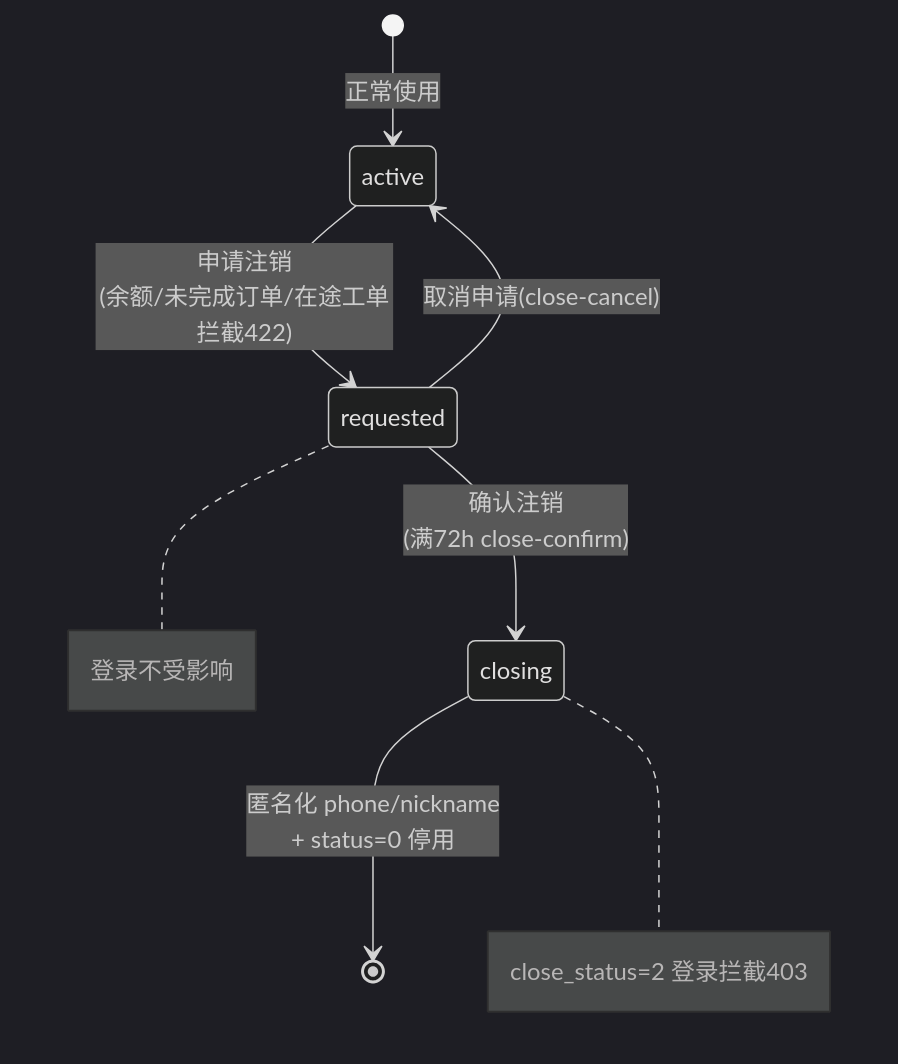
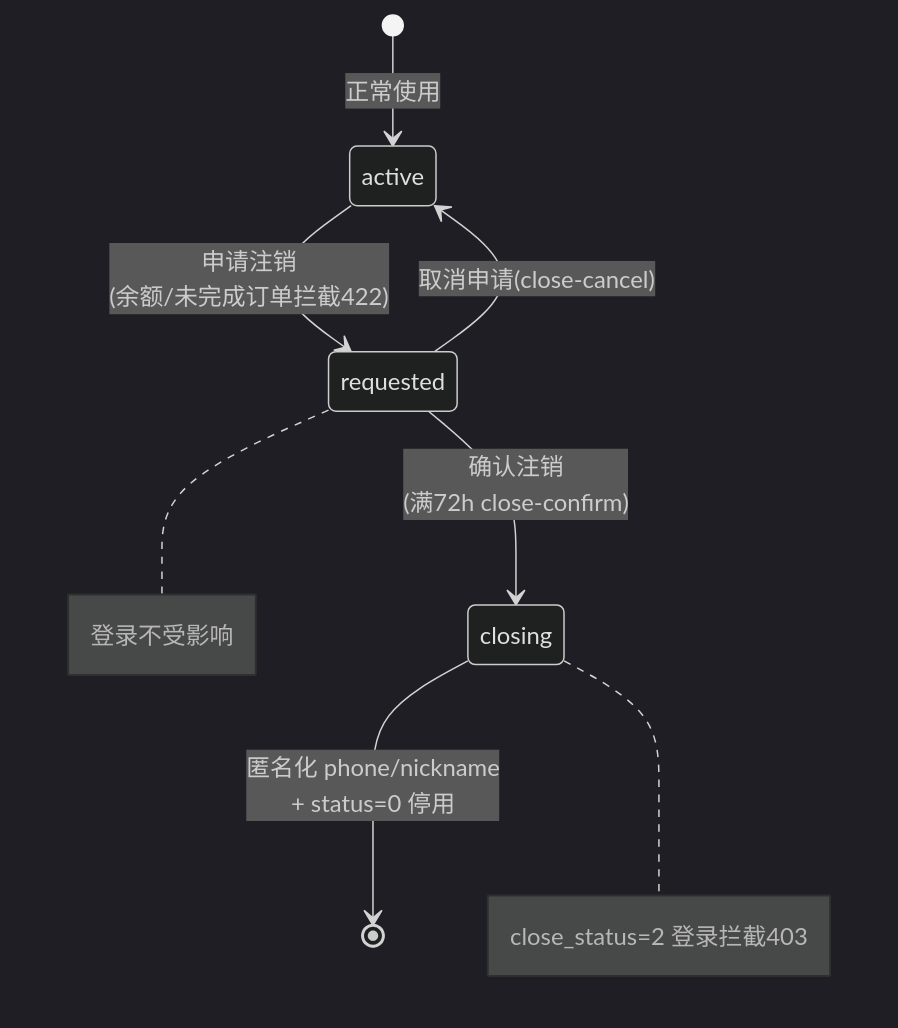
Before and after one commit to erikwang2013/appointment-php: the tenth of 11 diagrams in docs/diagrams/LIFECYCLE-DIAGRAM.md, drawn with Mermaid (dark theme). The commit also changed other lines of this file and 394 other files, not shown here.

Commit message:
文档：仅保留中英文 README，清理已移除功能与过时图片

````diff
--- a/docs/diagrams/LIFECYCLE-DIAGRAM.md
+++ b/docs/diagrams/LIFECYCLE-DIAGRAM.md
@@ -303,15 +208,15 @@
 ```mermaid
 stateDiagram-v2
     [*] --> active: 正常使用
 
-    active --> requested: 申请注销<br/>(余额/未完成订单/在途工单拦截422)
+    active --> requested: 申请注销<br/>(余额/未完成订单拦截422)
 
     requested --> active: 取消申请(close-cancel)
 
     requested --> closing: 确认注销<br/>(满72h close-confirm)
 
     closing --> [*]: 匿名化 phone/nickname<br/>+ status=0 停用
 
     note right of requested: 登录不受影响
     note right of closing: close_status=2 登录拦截403
 ```
````
